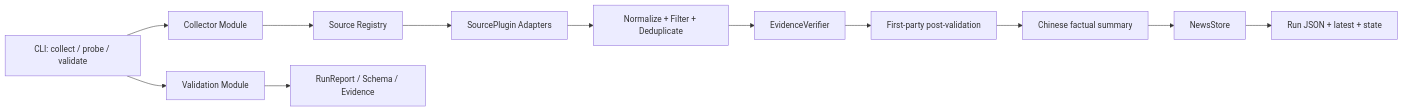
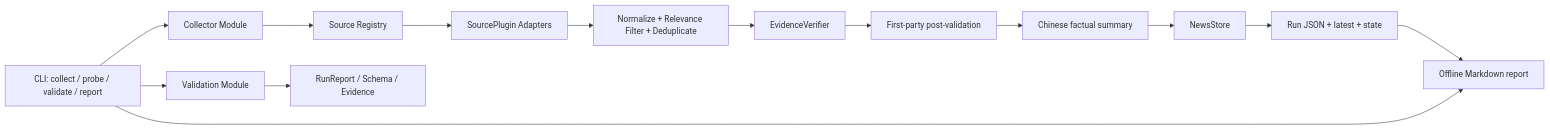
The diagram in docs/architecture/system-architecture.md (EdgarLQS/mynews), drawn with Mermaid before and after one commit. The commit also changed other lines of this file and 33 other files, not shown here.

````diff
--- a/docs/architecture/system-architecture.md
+++ b/docs/architecture/system-architecture.md
@@ -24,14 +24,16 @@
 ```mermaid
 flowchart LR
-    CLI["CLI: collect / probe / validate"] --> COL["Collector Module"]
+    CLI["CLI: collect / probe / validate / report"] --> COL["Collector Module"]
     CLI --> VAL["Validation Module"]
     COL --> REG["Source Registry"]
     REG --> SRC["SourcePlugin Adapters"]
-    SRC --> NOR["Normalize + Filter + Deduplicate"]
+    SRC --> NOR["Normalize + Relevance Filter + Deduplicate"]
     NOR --> VER["EvidenceVerifier"]
     VER --> POST["First-party post-validation"]
     POST --> SUM["Chinese factual summary"]
     SUM --> STORE["NewsStore"]
     STORE --> JSON["Run JSON + latest + state"]
+    JSON --> REPORT["Offline Markdown report"]
     VAL --> CONTRACT["RunReport / Schema / Evidence"]
+    CLI --> REPORT
 ```
````
